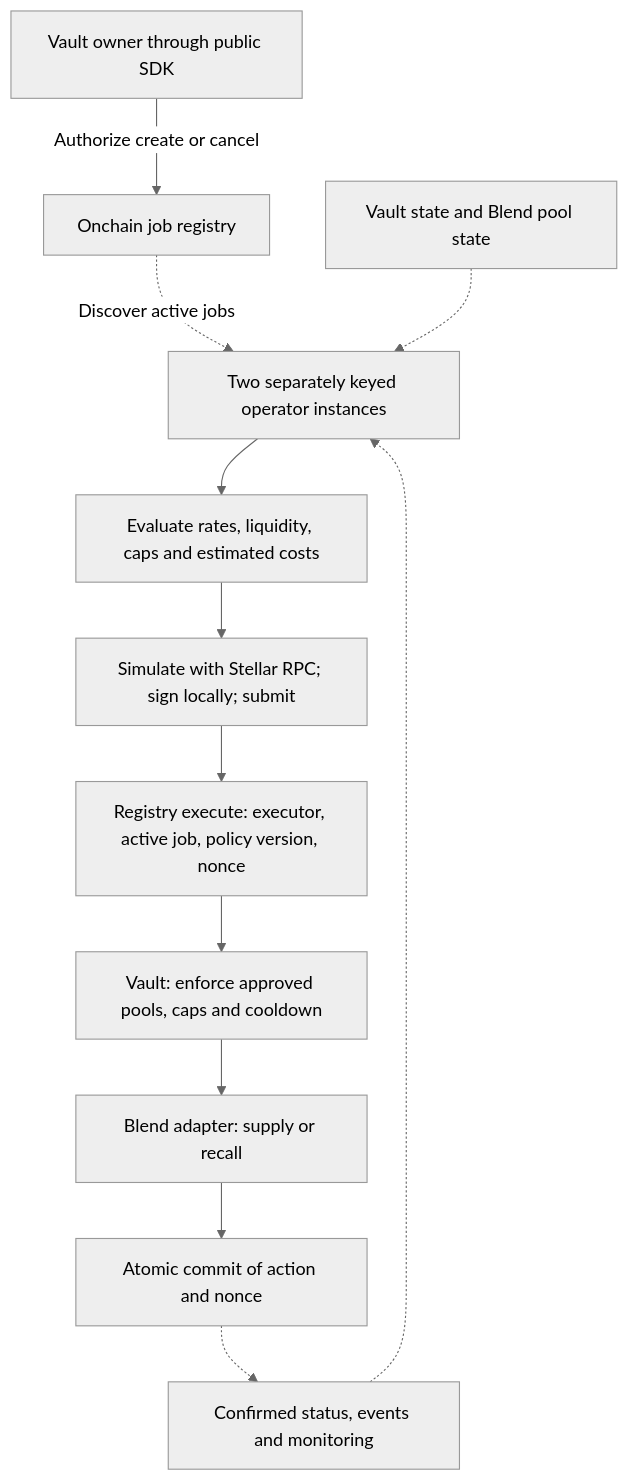
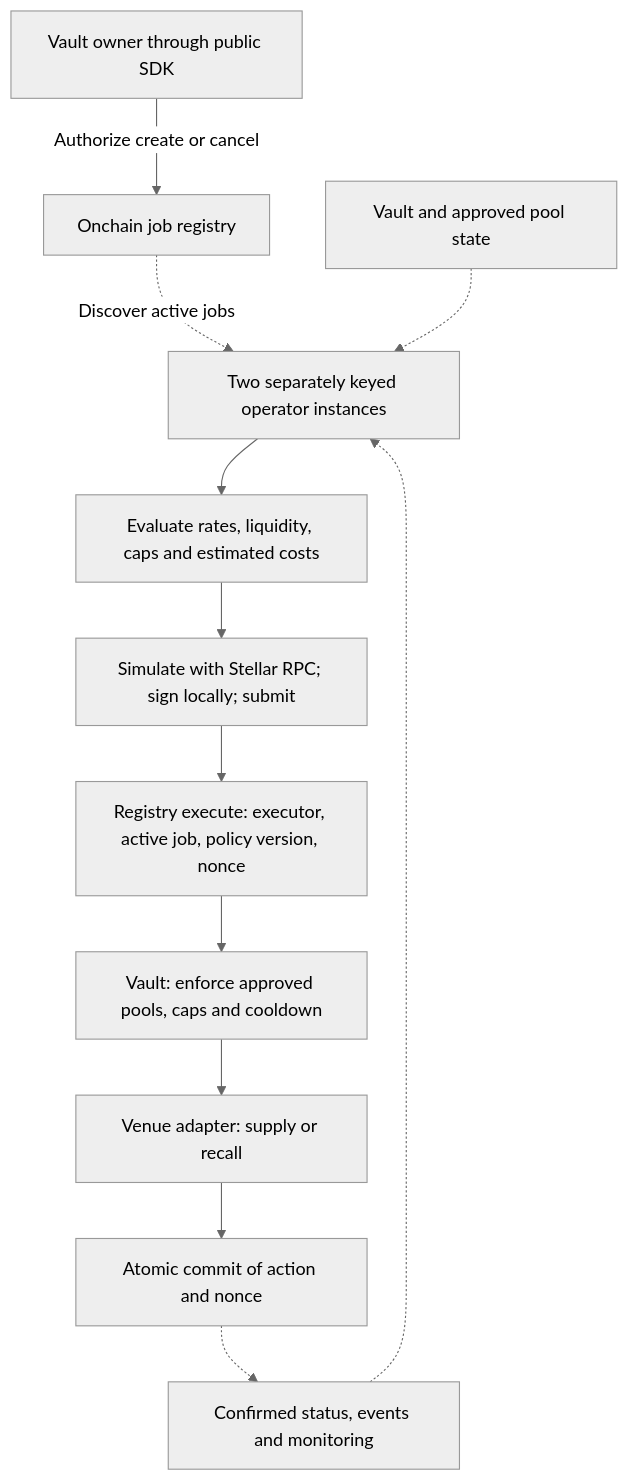
The second of 2 diagrams in docs/architecture.md (dittonetwork/stellar-automation), drawn with Mermaid (neutral theme) before and after one commit. The commit also changed other lines of this file and 20 other files, not shown here.

````diff
--- a/docs/architecture.md
+++ b/docs/architecture.md
@@ -52,14 +52,14 @@
 ```mermaid
 flowchart TD
     D[Vault owner through public SDK] -->|Authorize create or cancel| R[Onchain job registry]
     R -.->|Discover active jobs| O[Two separately keyed operator instances]
-    S[Vault state and Blend pool state] -.-> O
+    S[Vault and approved pool state] -.-> O
     O --> E[Evaluate rates, liquidity, caps and estimated costs]
     E --> T[Simulate with Stellar RPC; sign locally; submit]
     T --> X[Registry execute: executor, active job, policy version, nonce]
     X --> V[Vault: enforce approved pools, caps and cooldown]
-    V --> P[Blend adapter: supply or recall]
+    V --> P[Venue adapter: supply or recall]
     P --> A[Atomic commit of action and nonce]
     A -.-> M[Confirmed status, events and monitoring]
     M -.-> O
 ```
````
